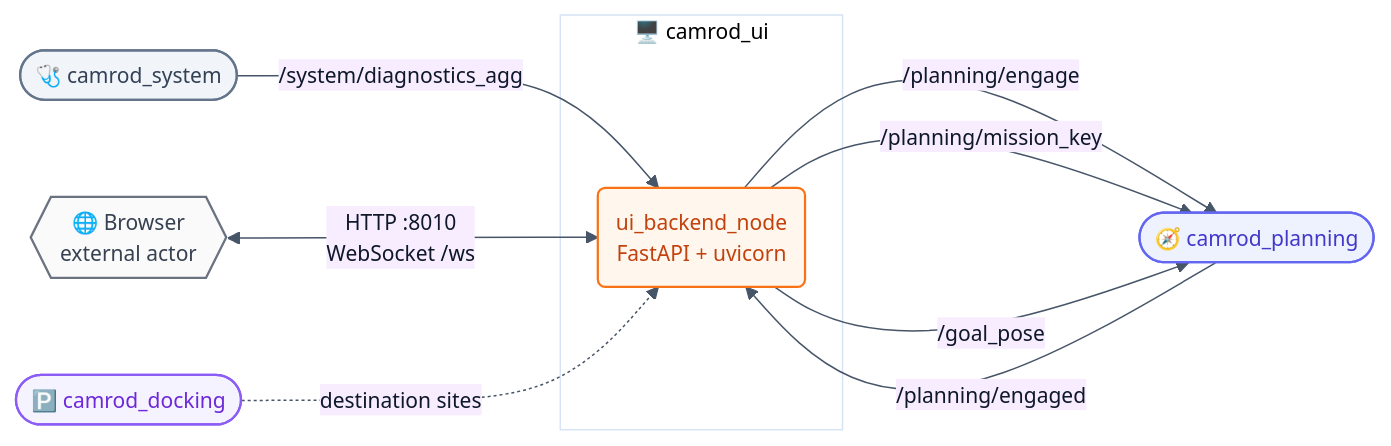
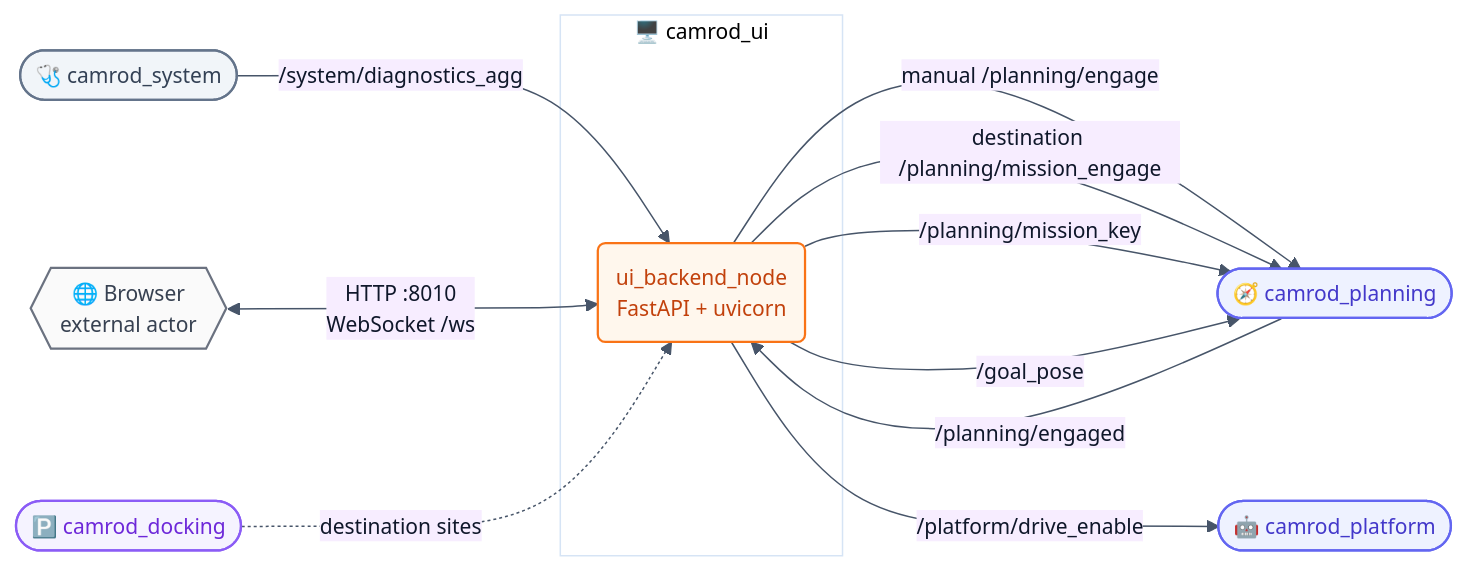
The first of 5 diagrams in camrod_ui/README.md (hwanhonglee/CAMROD), drawn with Mermaid before and after one commit. The commit also changed other lines of this file and 8 other files, not shown here.

````diff
--- a/camrod_ui/README.md
+++ b/camrod_ui/README.md
@@ -52,25 +52,27 @@
 ```mermaid
 %%{init: {'theme': 'base', 'themeVariables': {'fontFamily': 'ui-sans-serif, system-ui, sans-serif', 'fontSize': '14px', 'primaryColor': '#FFF7ED', 'primaryTextColor': '#0F172A', 'primaryBorderColor': '#F97316', 'lineColor': '#475569'}, 'flowchart': {'curve': 'basis', 'htmlLabels': true, 'padding': 12}}}%%
 graph LR
   BROWSER{{🌐 Browser\nexternal actor}}:::hardware
 
   SYS([🩺 camrod_system]):::system    -->|/system/diagnostics_agg| UI
   PLAN([🧭 camrod_planning]):::planning -->|/planning/engaged| UI
 
   subgraph UI_BOX["🖥️ camrod_ui"]
     UI(ui_backend_node\nFastAPI + uvicorn):::ui
   end
 
   BROWSER <-->|HTTP :8010\nWebSocket /ws| UI
 
-  UI -->|/planning/engage| PLAN
+  UI -->|manual /planning/engage| PLAN
+  UI -->|destination /planning/mission_engage| PLAN
+  UI -->|/platform/drive_enable| PLAT([🤖 camrod_platform]):::planning
   UI -->|/planning/mission_key| PLAN
   UI -->|/goal_pose| PLAN
   PARK([🅿️ camrod_docking]):::docking -.->|destination sites| UI
 
   classDef ui           fill:#FFF7ED,stroke:#F97316,stroke-width:1.5px,color:#C2410C;
   classDef system       fill:#F1F5F9,stroke:#64748B,stroke-width:1.5px,color:#334155;
   classDef planning     fill:#EEF2FF,stroke:#6366F1,stroke-width:1.5px,color:#4338CA;
   classDef docking      fill:#F5F3FF,stroke:#8B5CF6,stroke-width:1.5px,color:#6D28D9;
   classDef hardware     fill:#FAFAFA,stroke:#6B7280,stroke-width:1.5px,color:#374151;
 ```
````
